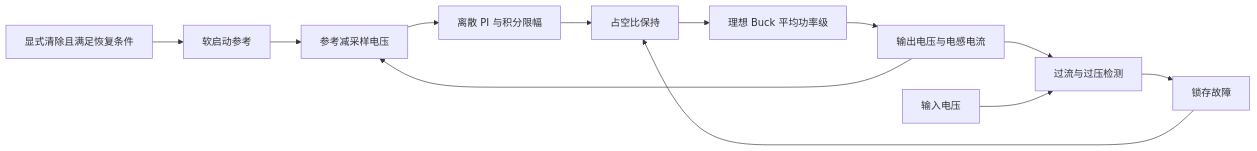
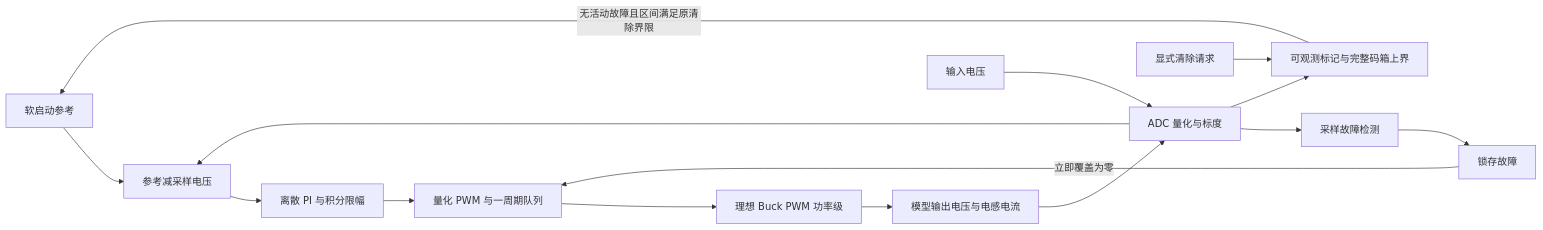
Before and after one commit to shuningzhang16/workhard: the first of 3 diagrams in docs/SYSTEMS.md, drawn with Mermaid. The commit also changed other lines of this file and 27 other files, not shown here.

````diff
--- a/docs/SYSTEMS.md
+++ b/docs/SYSTEMS.md
@@ -7,14 +7,17 @@
 ```mermaid
 flowchart LR
   R[软启动参考] --> E[参考减采样电压]
   E --> PI[离散 PI 与积分限幅]
-  PI --> D[占空比保持]
-  D --> LC[理想 Buck 平均功率级]
-  LC --> V[输出电压与电感电流]
-  V --> E
-  V --> F[过流与过压检测]
-  VIN[输入电压] --> F
+  PI --> D[量化 PWM 与一周期队列]
+  D --> LC[理想 Buck PWM 功率级]
+  LC --> V[模型输出电压与电感电流]
+  V --> ADC[ADC 量化与标度]
+  VIN[输入电压] --> ADC
+  ADC --> E
+  ADC --> F[采样故障检测]
   F --> L[锁存故障]
-  L --> D
-  CLEAR[显式清除且满足恢复条件] --> R
+  L -->|立即覆盖为零| D
+  ADC --> B[可观测标记与完整码箱上界]
+  CLEAR[显式清除请求] --> B
+  B -->|无活动故障且区间满足原清除界限| R
 ```
````
